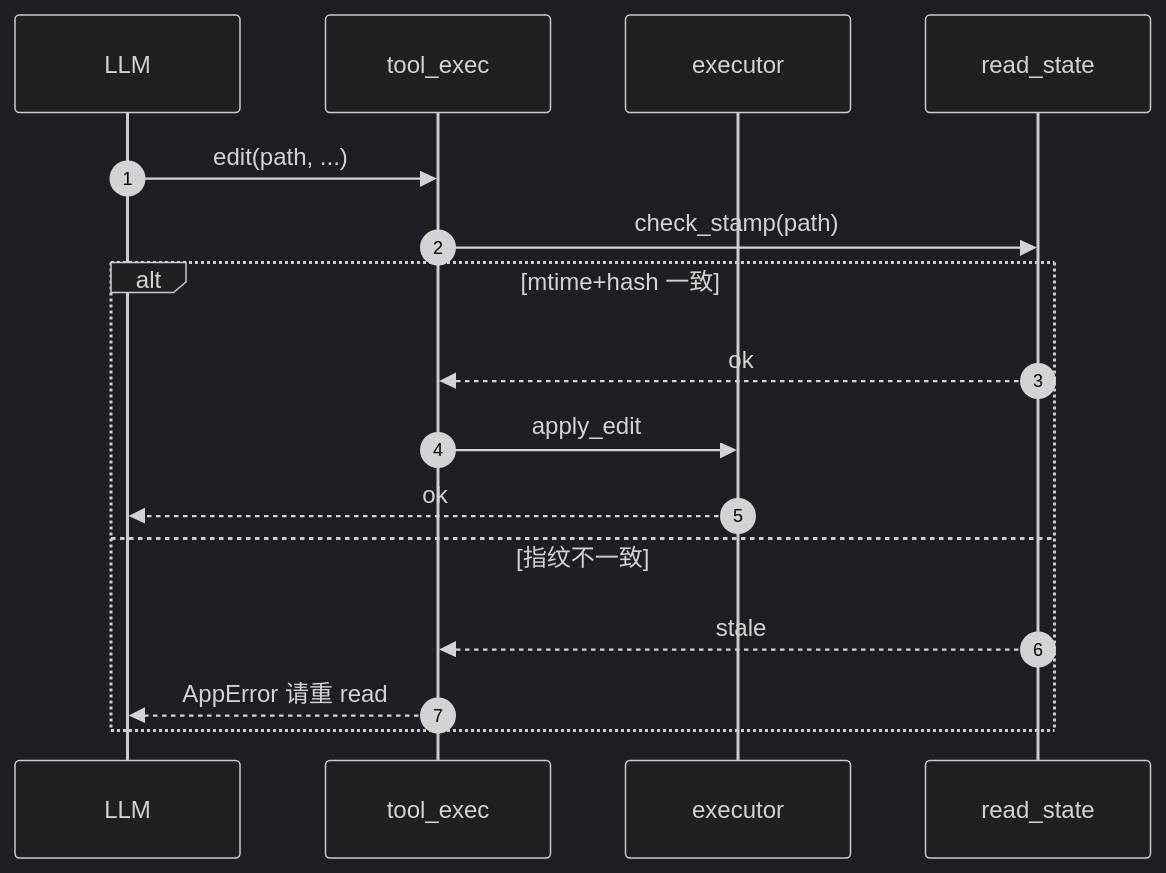
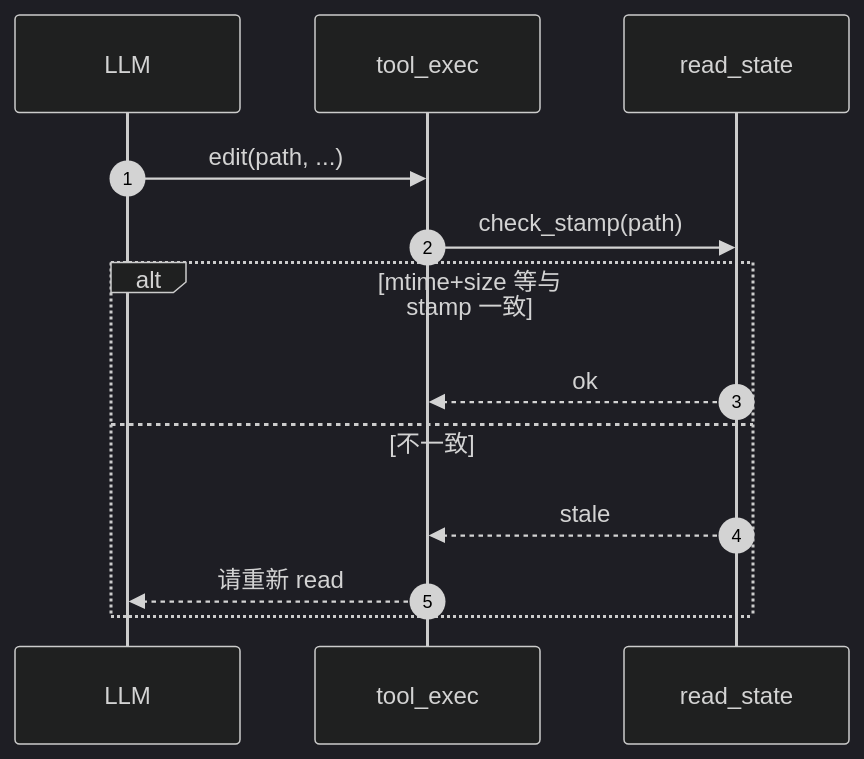
Before and after one commit to teisun/tomcat-agent: the diagram in pi-rust-wasm/openspec/specs/architecture/tools/read.md, drawn with Mermaid (dark theme). The commit also changed other lines of this file and 14 other files, not shown here.

````diff
--- a/pi-rust-wasm/openspec/specs/architecture/tools/read.md
+++ b/pi-rust-wasm/openspec/specs/architecture/tools/read.md
@@ -1000,19 +389,16 @@
 ```mermaid
 sequenceDiagram
     autonumber
     participant L as LLM
     participant E as tool_exec
-    participant X as executor
     participant S as read_state
 
     L->>E: edit(path, ...)
     E->>S: check_stamp(path)
-    alt mtime+hash 一致
+    alt mtime+size 等与 stamp 一致
         S-->>E: ok
-        E->>X: apply_edit
-        X-->>L: ok
-    else 指纹不一致
+    else 不一致
         S-->>E: stale
-        E-->>L: AppError 请重 read
+        E-->>L: 请重新 read
     end
 ```
````
